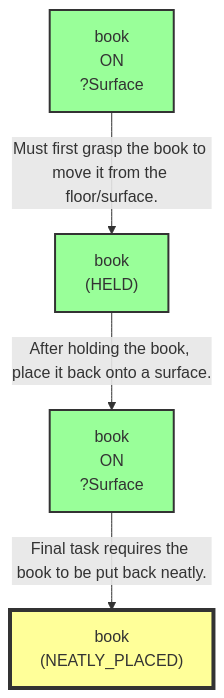
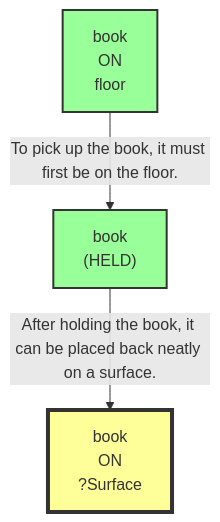
The ninth of 14 diagrams in evaluation/results/table3/robostate/runs/without_parameter_binding/G2_09/run_T3_without_parameter_binding_G2_09.md (scuama/virtualhome), drawn with Mermaid before and after one commit. The commit also changed other lines of this file and 507 other files, not shown here.

````diff
--- a/evaluation/results/table3/robostate/runs/without_parameter_binding/G2_09/run_T3_without_parameter_binding_G2_09.md
+++ b/evaluation/results/table3/robostate/runs/without_parameter_binding/G2_09/run_T3_without_parameter_binding_G2_09.md
@@ -667,14 +728,11 @@
 ```mermaid
 graph TD
-    N1["book<br>ON<br>?Surface"]
+    N1["book<br>ON<br>floor"]
     style N1 fill:#9f9,stroke:#333,stroke-width:2px
     N2["book<br>(HELD)"]
     style N2 fill:#9f9,stroke:#333,stroke-width:2px
     N3["book<br>ON<br>?Surface"]
-    style N3 fill:#9f9,stroke:#333,stroke-width:2px
-    N4["book<br>(NEATLY_PLACED)"]
-    style N4 fill:#ff9,stroke:#333,stroke-width:4px
-    N1 -->|"Must first grasp the book to move it from the floor/surface."| N2
-    N2 -->|"After holding the book, place it back onto a surface."| N3
-    N3 -->|"Final task requires the book to be put back neatly."| N4
+    style N3 fill:#ff9,stroke:#333,stroke-width:4px
+    N1 -->|"To pick up the book, it must first be on the floor."| N2
+    N2 -->|"After holding the book, it can be placed back neatly on a surface."| N3
 ```
````
